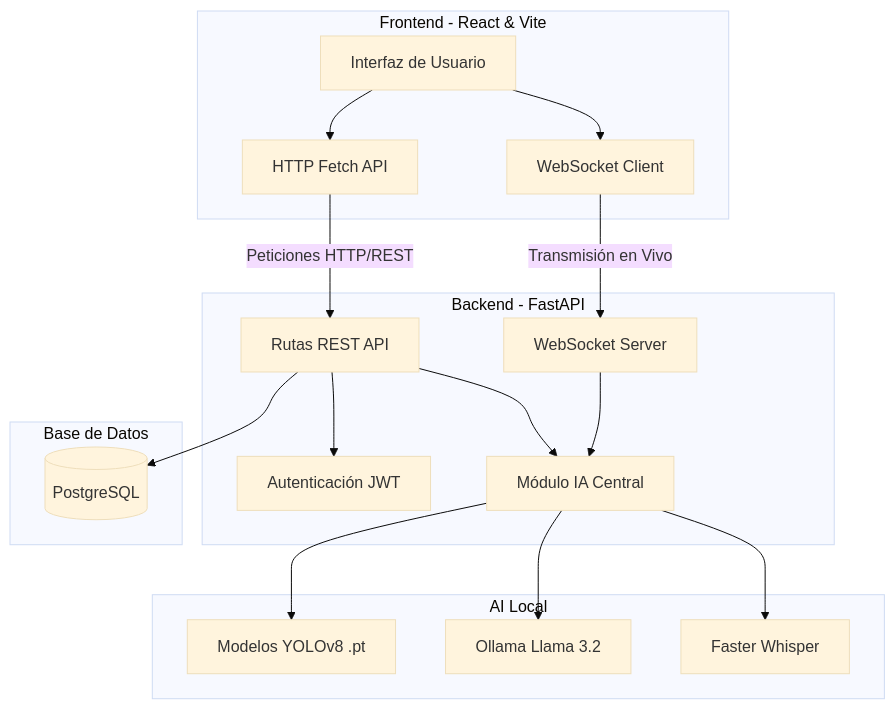
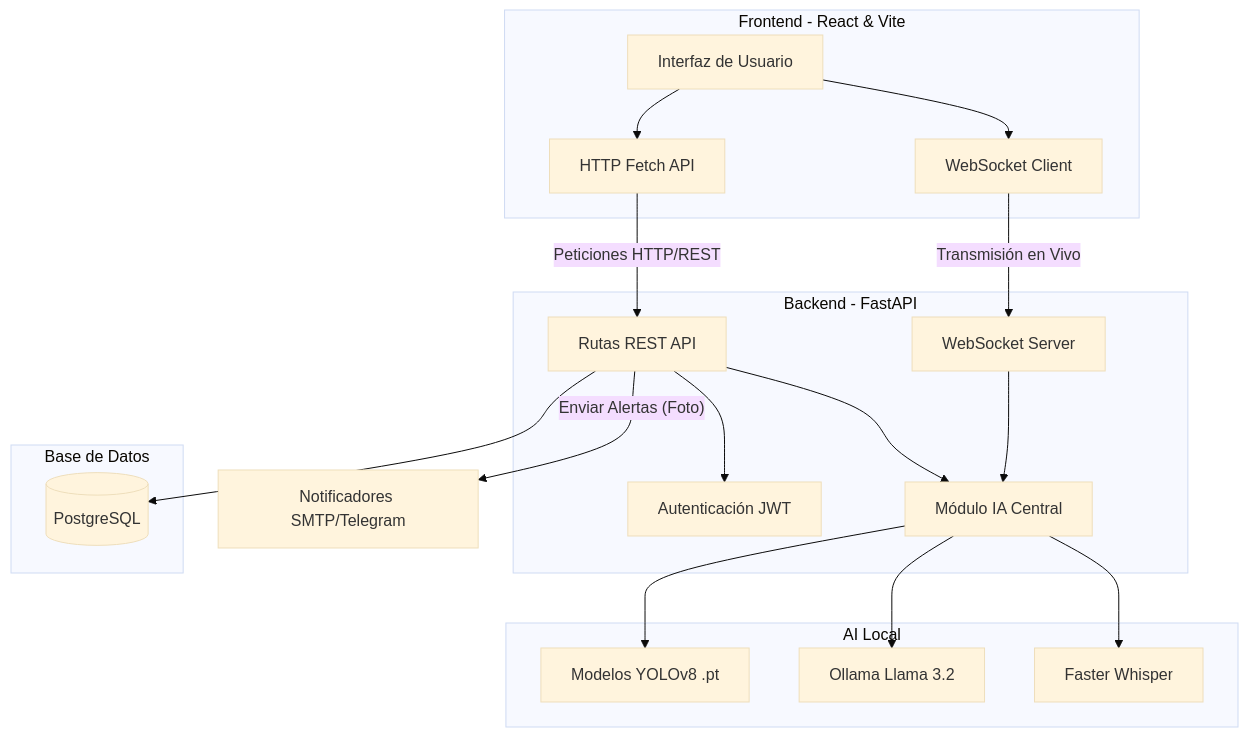
Before and after one commit to 0x0055500l/V1si0n: the third of 3 diagrams in README.md, drawn with Mermaid (base theme). The commit also changed other lines of this file and 17 other files, not shown here.

````diff
--- a/README.md
+++ b/README.md
@@ -143,41 +152,43 @@
 ```mermaid
 flowchart TD
     subgraph Frontend - React & Vite
         UI[Interfaz de Usuario]
         WS_Client[WebSocket Client]
         HTTP_Client[HTTP Fetch API]
     end
 
     subgraph Backend - FastAPI
         API[Rutas REST API]
         WS_Server[WebSocket Server]
         Auth[Autenticación JWT]
         AI[Módulo IA Central]
     end
 
     subgraph Base de Datos
         DB[(PostgreSQL)]
     end
 
     subgraph AI Local
         YOLO[Modelos YOLOv8 .pt]
         Llama[Ollama Llama 3.2]
         Whisper[Faster Whisper]
     end
 
     UI --> HTTP_Client
     UI --> WS_Client
 
     HTTP_Client -- Peticiones HTTP/REST --> API
     WS_Client -- Transmisión en Vivo --> WS_Server
 
     API --> Auth
     API --> DB
     WS_Server --> AI
 
     API --> AI
     
     AI --> YOLO
     AI --> Llama
     AI --> Whisper
+    
+    API -- Enviar Alertas (Foto) --> SMTP_Telegram[Notificadores SMTP/Telegram]
 ```
````
